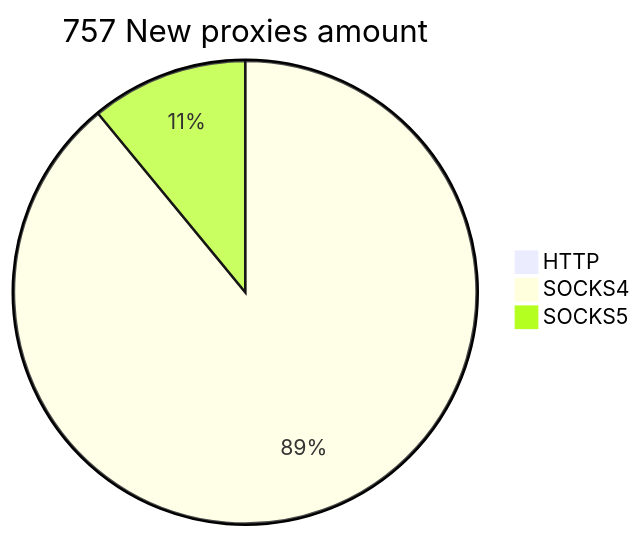
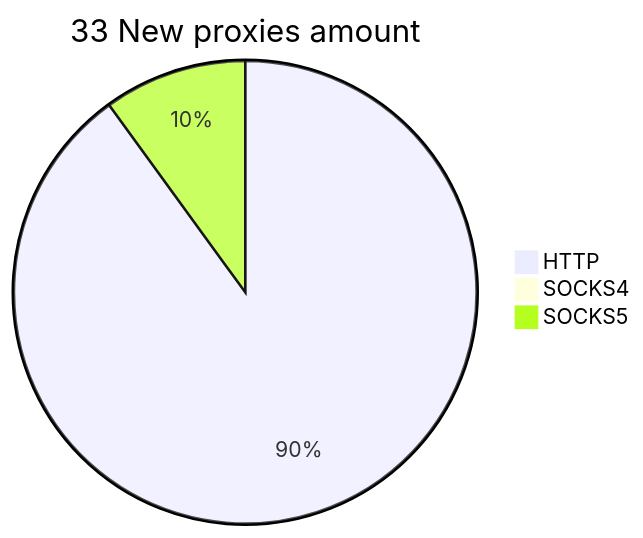
One commit to cutipu/proxylist changed the second of 2 diagrams in README.md. Above: the diagram before and after it, drawn with Mermaid. The commit also changed other lines of this file, not shown here.

````diff
--- a/README.md
+++ b/README.md
@@ -10,6 +10,6 @@
 ```mermaid
-pie title 757 New proxies amount
-    "HTTP" : 0
-    "SOCKS4" : 674
-    "SOCKS5" : 83
+pie title 33 New proxies amount
+    "HTTP" : 90
+    "SOCKS4" : 0
+    "SOCKS5" : 10
 ```
````
